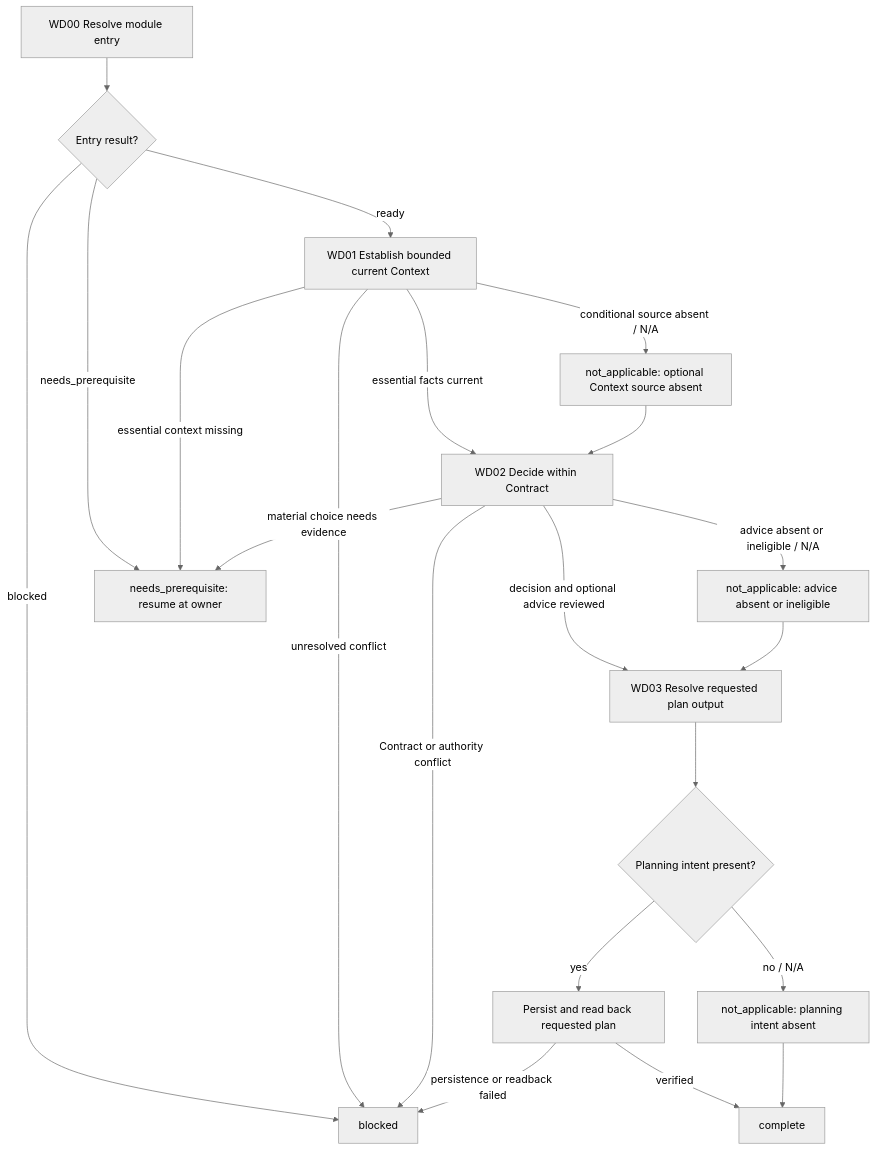
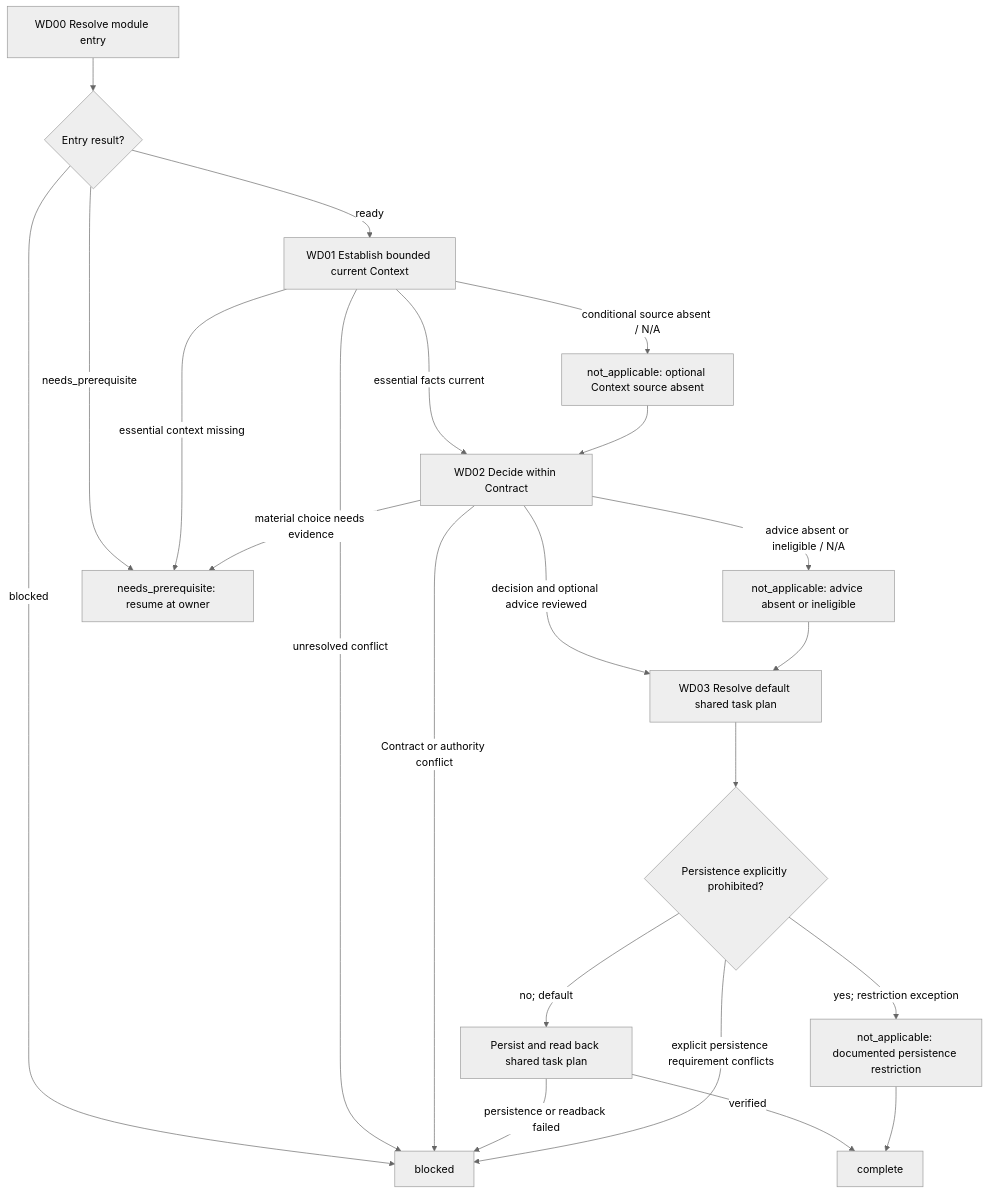
One commit to john-z-huang/token-io-decoupling changed the diagram in references/coding/layer-04-workflows/modules/work-definition.md. Above: the diagram before and after it, drawn with Mermaid (neutral theme). The commit also changed other lines of this file and 47 other files, not shown here.

````diff
--- a/references/coding/layer-04-workflows/modules/work-definition.md
+++ b/references/coding/layer-04-workflows/modules/work-definition.md
@@ -18,36 +18,37 @@
 ```mermaid
 flowchart TD
     WD00["WD00 Resolve module entry"]
     D_ENTRY{"Entry result?"}
     WD01["WD01 Establish bounded current Context"]
     WD02["WD02 Decide within Contract"]
-    WD03["WD03 Resolve requested plan output"]
-    D_PLAN{"Planning intent present?"}
-    WD_PLAN["Persist and read back requested plan"]
+    WD03["WD03 Resolve default shared task plan"]
+    D_PLAN{"Persistence explicitly prohibited?"}
+    WD_PLAN["Persist and read back shared task plan"]
     WD_DONE["complete"]
     WD_CONTEXT_NA["not_applicable: optional Context source absent"]
     WD_ADVICE_NA["not_applicable: advice absent or ineligible"]
-    WD_PLAN_NA["not_applicable: planning intent absent"]
+    WD_PLAN_NA["not_applicable: documented persistence restriction"]
     WD_NEEDS["needs_prerequisite: resume at owner"]
     WD_BLOCK["blocked"]
     WD00 --> D_ENTRY
     D_ENTRY -- ready --> WD01
     D_ENTRY -- needs_prerequisite --> WD_NEEDS
     D_ENTRY -- blocked --> WD_BLOCK
     WD01 -- essential facts current --> WD02
     WD01 -- conditional source absent / N/A --> WD_CONTEXT_NA
     WD_CONTEXT_NA --> WD02
     WD01 -- essential context missing --> WD_NEEDS
     WD01 -- unresolved conflict --> WD_BLOCK
     WD02 -- decision and optional advice reviewed --> WD03
     WD02 -- advice absent or ineligible / N/A --> WD_ADVICE_NA
     WD_ADVICE_NA --> WD03
     WD02 -- material choice needs evidence --> WD_NEEDS
     WD02 -- Contract or authority conflict --> WD_BLOCK
     WD03 --> D_PLAN
-    D_PLAN -- yes --> WD_PLAN
+    D_PLAN -- no; default --> WD_PLAN
     WD_PLAN -- verified --> WD_DONE
     WD_PLAN -- persistence or readback failed --> WD_BLOCK
-    D_PLAN -- no / N/A --> WD_PLAN_NA
+    D_PLAN -- yes; restriction exception --> WD_PLAN_NA
+    D_PLAN -- explicit persistence requirement conflicts --> WD_BLOCK
     WD_PLAN_NA --> WD_DONE
 ```
````
